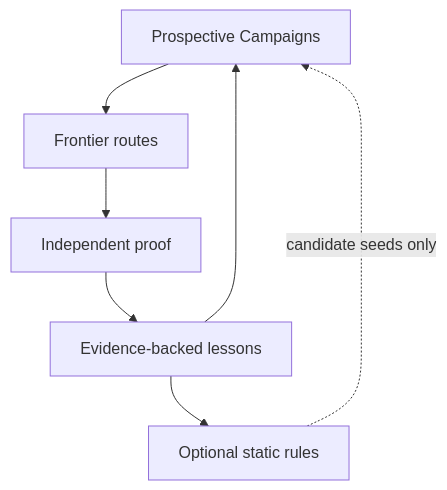
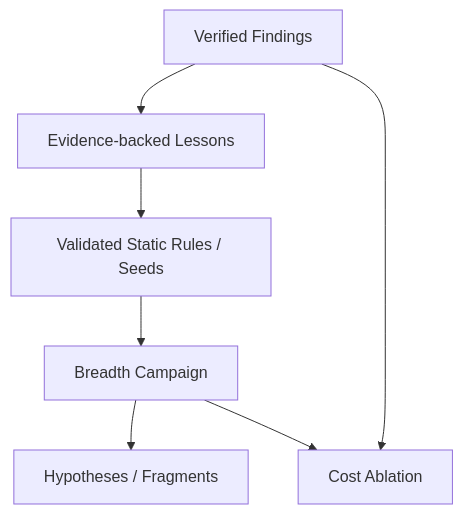
The sixth of 7 diagrams in docs/design/roadmap.md (momoponwork1415-lgtm/wordpress-harness), drawn with Mermaid before and after one commit. The commit also changed other lines of this file, not shown here.

Commit message:
Prioritize high-impact recall before breadth and cost

````diff
--- a/docs/design/roadmap.md
+++ b/docs/design/roadmap.md
@@ -80,13 +112,13 @@
 ```mermaid
 flowchart TB
-    campaigns["Prospective Campaigns"]
-    frontier["Frontier routes"]
-    verify["Independent proof"]
-    lessons["Evidence-backed lessons"]
-    rules["Optional static rules"]
+    findings["Verified Findings"]
+    lessons["Evidence-backed Lessons"]
+    rules["Validated Static Rules / Seeds"]
+    breadth["Breadth Campaign"]
+    candidates["Hypotheses / Fragments"]
+    ablation["Cost Ablation"]
 
-    campaigns --> frontier --> verify --> lessons
-    lessons --> campaigns
-    lessons --> rules
-    rules -. "candidate seeds only" .-> campaigns
+    findings --> lessons --> rules --> breadth --> candidates
+    findings --> ablation
+    breadth --> ablation
 ```
````
